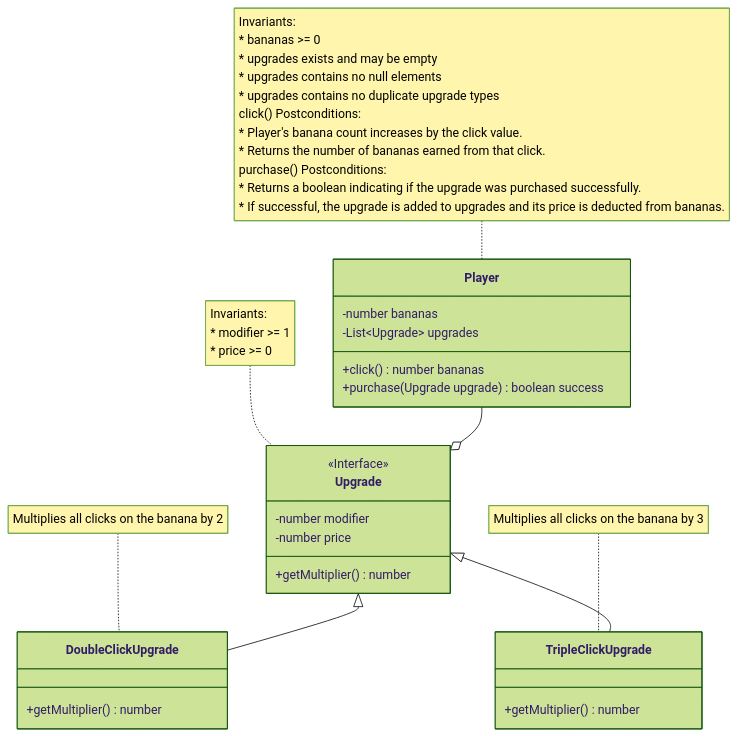
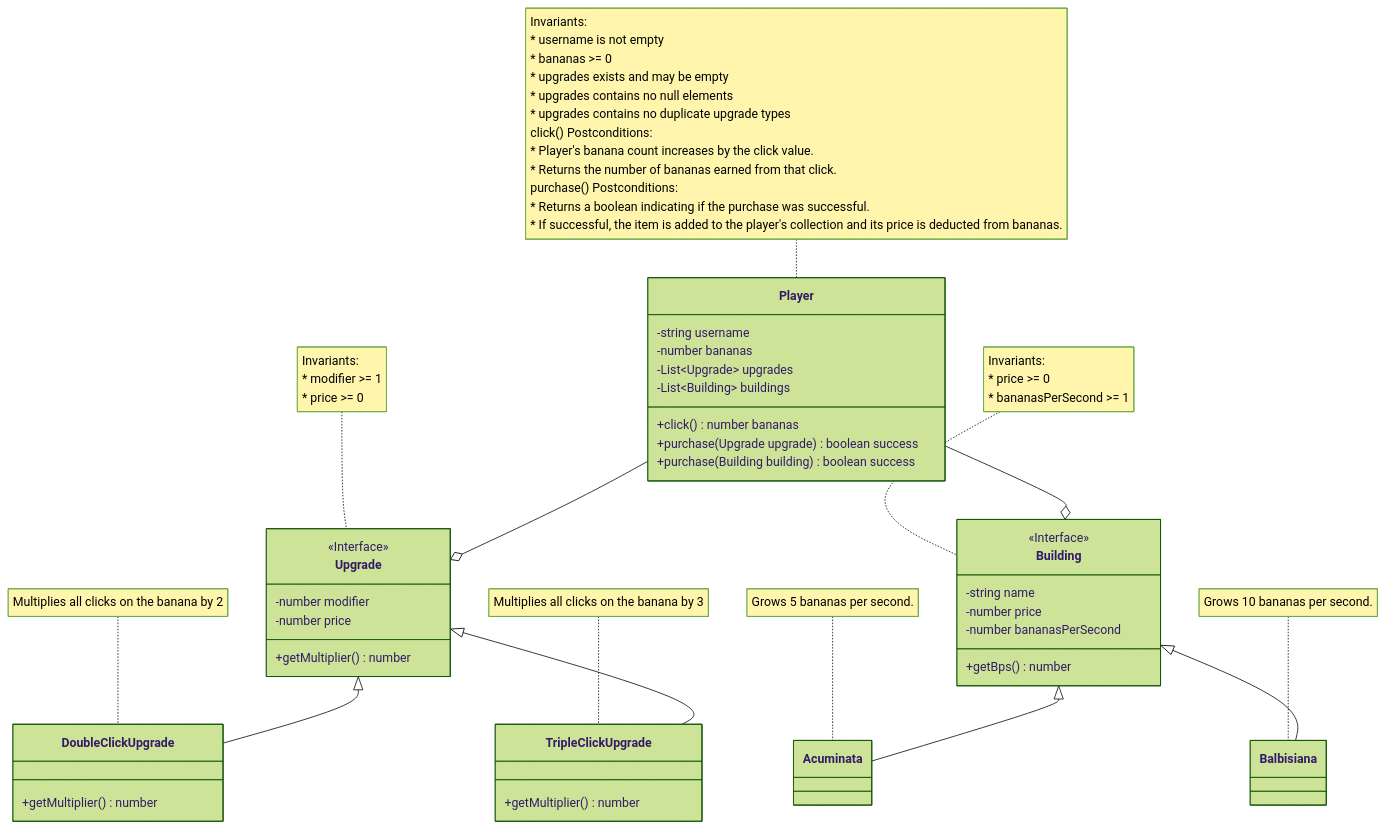
One commit to LiamMcCausland/Banana-Clicker changed the diagram in domain.md. Above: the diagram before and after it, drawn with Mermaid (forest theme). The commit also changed other lines of this file and 1 other file, not shown here.

Commit message:
Added account creation and sql.

````diff
--- a/domain.md
+++ b/domain.md
@@ -9,43 +9,70 @@
 ```mermaid
 classDiagram
-    class Player{
+class Player{
+        -string username
         -number bananas
         -List~Upgrade~ upgrades
+        -List~Building~ buildings
         +click() number bananas
         +purchase(Upgrade upgrade) boolean success
+        +purchase(Building building) boolean success
     }
     note for Player "Invariants:
+    * username is not empty
     * bananas >= 0
     * upgrades exists and may be empty
     * upgrades contains no null elements
     * upgrades contains no duplicate upgrade types
     click() Postconditions:
     * Player's banana count increases by the click value.
     * Returns the number of bananas earned from that click.
     purchase() Postconditions:
-    * Returns a boolean indicating if the upgrade was purchased successfully.
-    * If successful, the upgrade is added to upgrades and its price is deducted from bananas.
+    * Returns a boolean indicating if the purchase was successful.
+    * If successful, the item is added to the player's collection and its price is deducted from bananas.
     "
-    class Upgrade {
-        <<Interface>>
+class Upgrade {
+<<Interface>>
         -number modifier
         -number price
         +getMultiplier() number
     }
     note for Upgrade "Invariants:
     * modifier >= 1
     * price >= 0
     "
-    class DoubleClickUpgrade {
+class DoubleClickUpgrade {
         +getMultiplier() number
     }
     note for DoubleClickUpgrade "Multiplies all clicks on the banana by 2"
-    class TripleClickUpgrade {
+class TripleClickUpgrade {
         +getMultiplier() number
     }
     note for TripleClickUpgrade "Multiplies all clicks on the banana by 3"
 
+class Building {
+<<Interface>>
+        -string name
+        -number price
+        -number bananasPerSecond
+        +getBps() number
+    }
+    note for Building "Invariants:
+    * price >= 0
+    * bananasPerSecond >= 1
+    "
+class Acuminata {
+
+    }
+    note for Acuminata "Grows 5 bananas per second."
+class Balbisiana {
+
+    }
+    note for Balbisiana "Grows 10 bananas per second."
+
     Upgrade <|-- DoubleClickUpgrade
     Upgrade <|-- TripleClickUpgrade
+    Building <|-- Acuminata
+    Building <|-- Balbisiana
     Player --o Upgrade
+    Player --o Building
 ```
````
